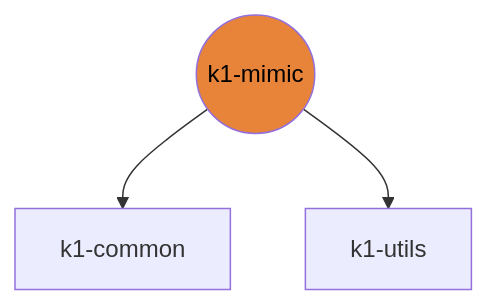
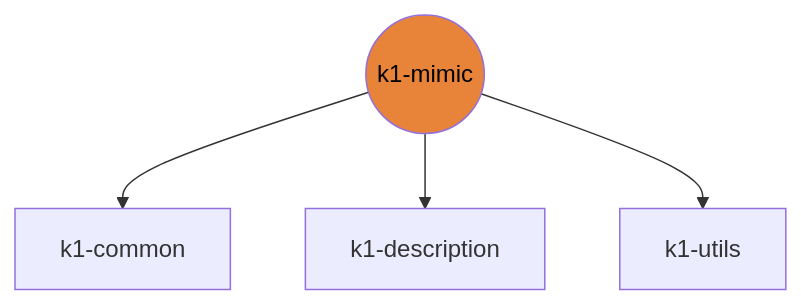
The diagram in README.md (thdhyan/k1-mimic), drawn with Mermaid before and after one commit. The commit also changed other lines of this file and 2 other files, not shown here.

````diff
--- a/README.md
+++ b/README.md
@@ -14,9 +14,11 @@
 ```mermaid
 flowchart TB
   k1_common[k1-common]
+  k1_description[k1-description]
   k1_utils[k1-utils]
   k1_mimic((k1-mimic))
   style k1_mimic fill:#e8833a,color:#000
   k1_mimic --> k1_common
+  k1_mimic --> k1_description
   k1_mimic --> k1_utils
 ```
````
